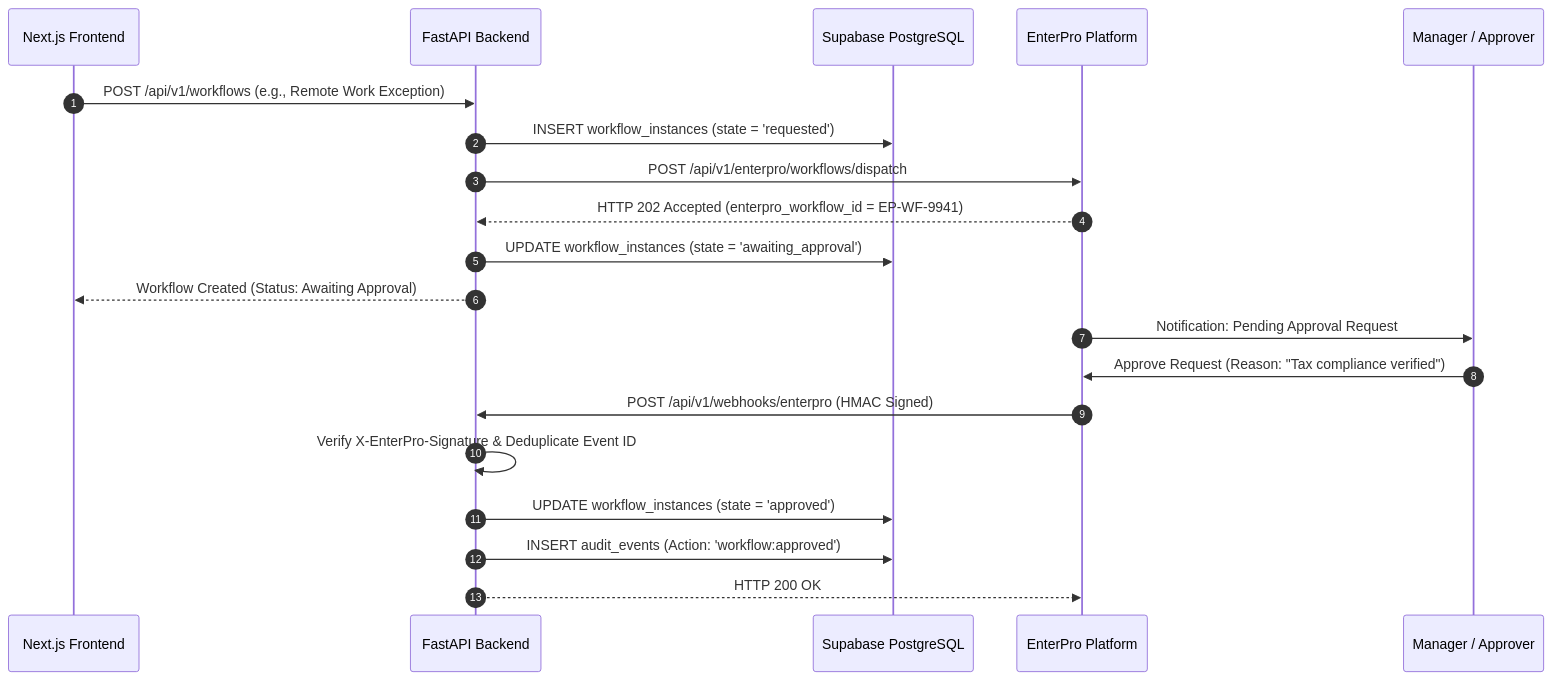
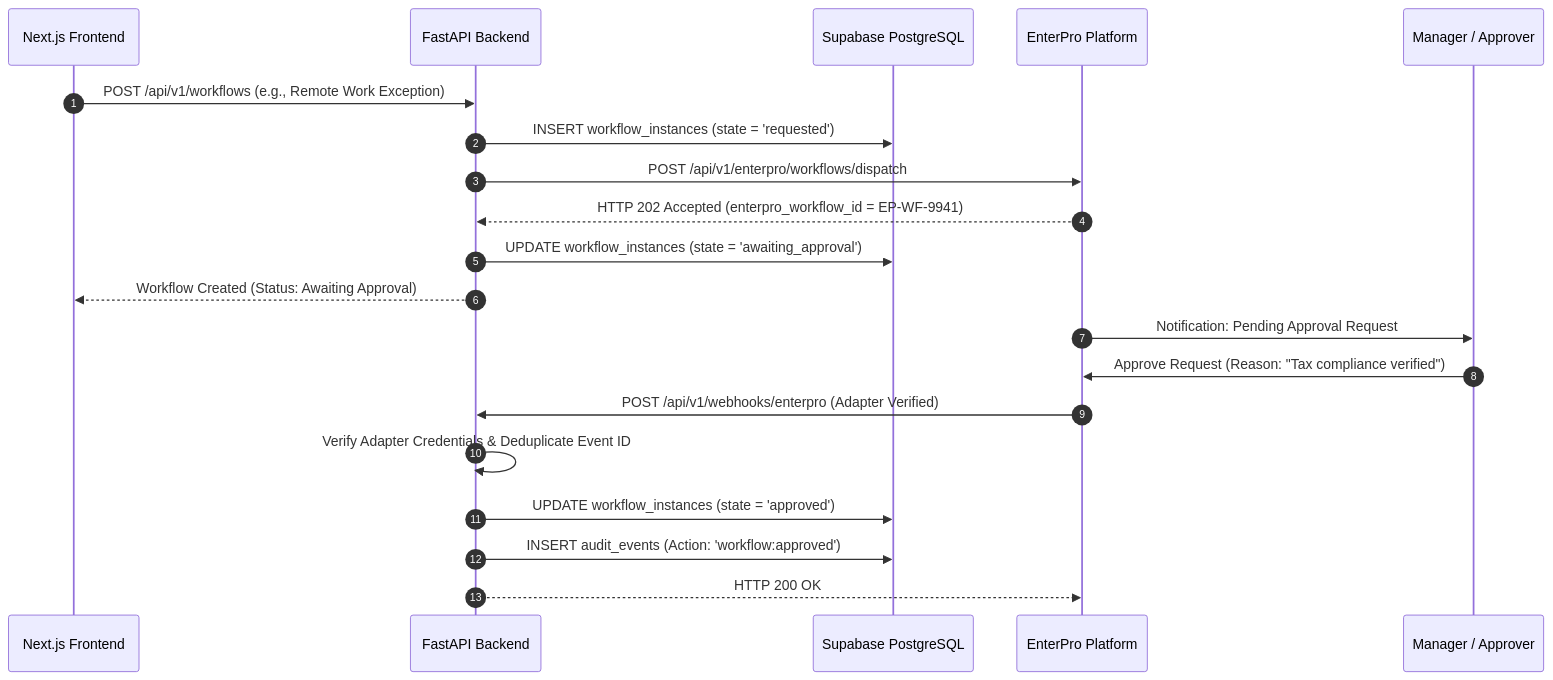
The tenth of 18 diagrams in docs/06-System-Architecture.md (sharancode3/WorkSense), drawn with Mermaid before and after one commit. The commit also changed other lines of this file and 10 other files, not shown here.

````diff
--- a/docs/06-System-Architecture.md
+++ b/docs/06-System-Architecture.md
@@ -632,24 +632,24 @@
 ```mermaid
 sequenceDiagram
     autonumber
     participant UI as Next.js Frontend
     participant FA as FastAPI Backend
     participant DB as Supabase PostgreSQL
     participant EP as EnterPro Platform
     participant MGR as Manager / Approver
 
     UI->>FA: POST /api/v1/workflows (e.g., Remote Work Exception)
     FA->>DB: INSERT workflow_instances (state = 'requested')
     FA->>EP: POST /api/v1/enterpro/workflows/dispatch
     EP-->>FA: HTTP 202 Accepted (enterpro_workflow_id = EP-WF-9941)
     FA->>DB: UPDATE workflow_instances (state = 'awaiting_approval')
     FA-->>UI: Workflow Created (Status: Awaiting Approval)
     
     EP->>MGR: Notification: Pending Approval Request
     MGR->>EP: Approve Request (Reason: "Tax compliance verified")
-    EP->>FA: POST /api/v1/webhooks/enterpro (HMAC Signed)
-    FA->>FA: Verify X-EnterPro-Signature & Deduplicate Event ID
+    EP->>FA: POST /api/v1/webhooks/enterpro (Adapter Verified)
+    FA->>FA: Verify Adapter Credentials & Deduplicate Event ID
     FA->>DB: UPDATE workflow_instances (state = 'approved')
     FA->>DB: INSERT audit_events (Action: 'workflow:approved')
     FA-->>EP: HTTP 200 OK
 ```
````
